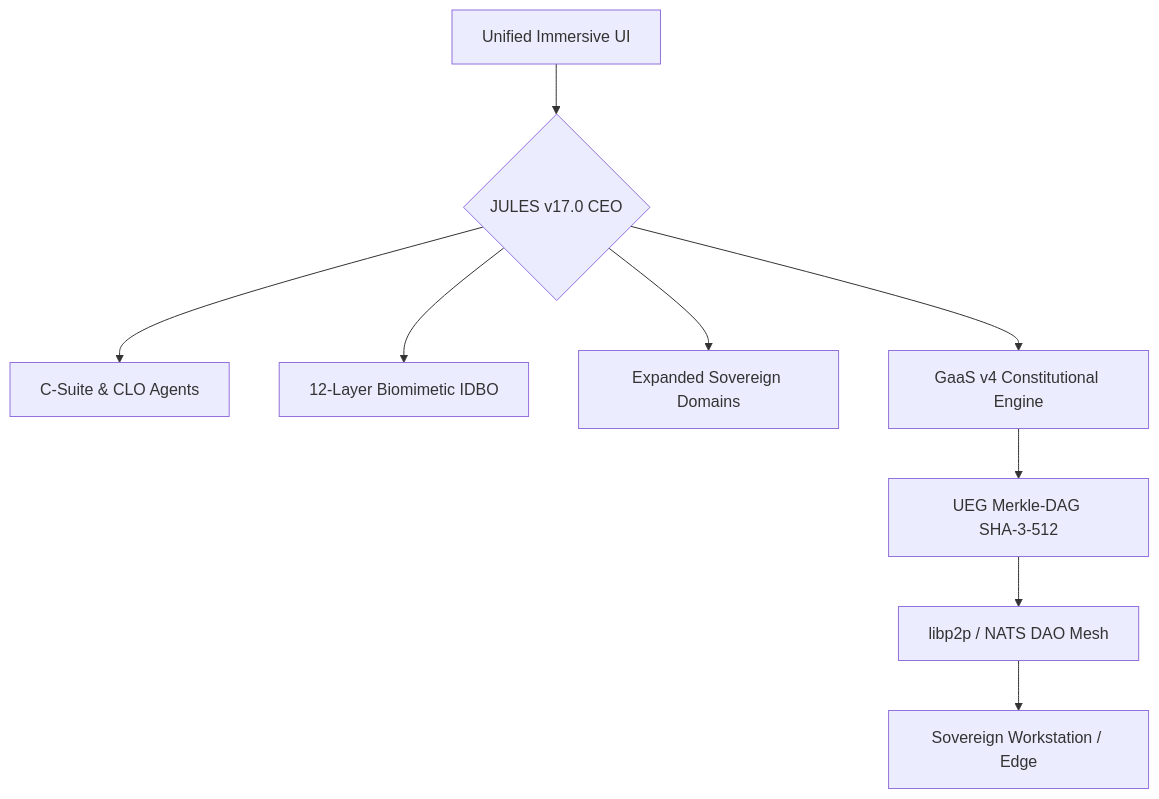
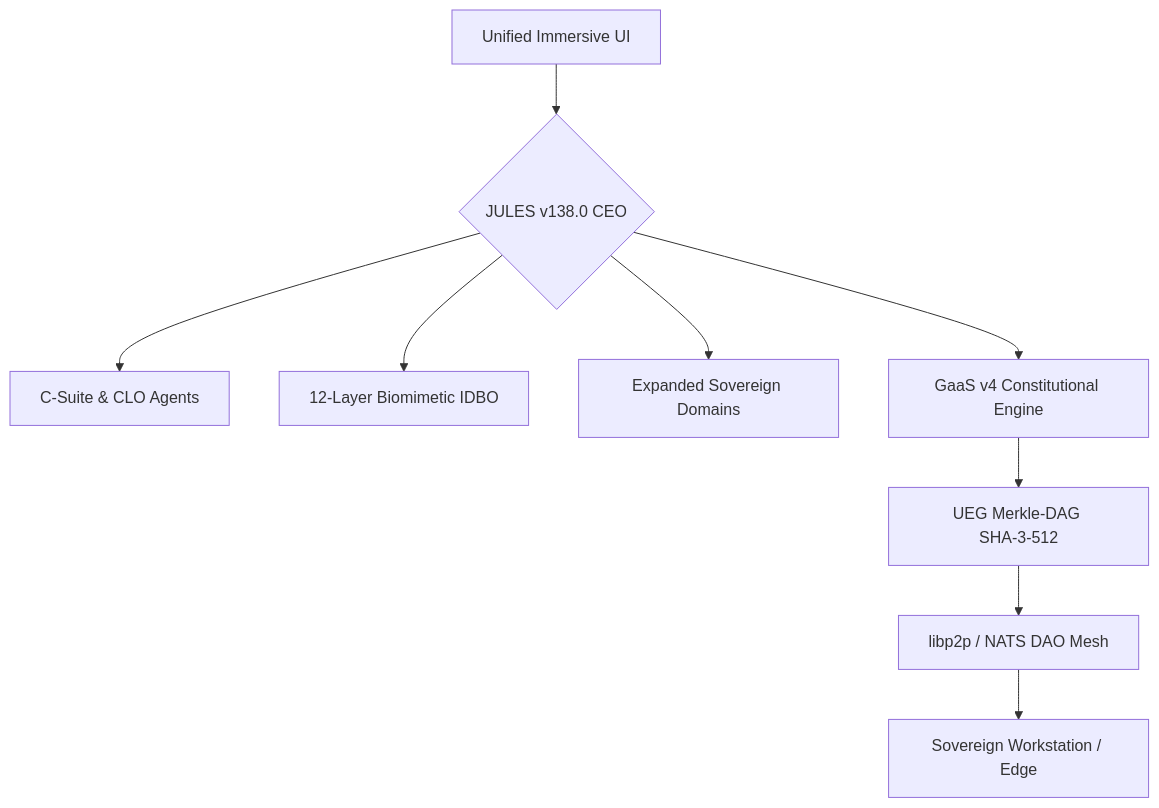
Before and after one commit to Rehan719/Workstation: the diagram in README.md, drawn with Mermaid. The commit also changed other lines of this file and 64 other files, not shown here.

````diff
--- a/README.md
+++ b/README.md
@@ -60,11 +60,11 @@
 ```mermaid
 graph TD
-    A[Unified Immersive UI] --> B{JULES v17.0 CEO}
+    A[Unified Immersive UI] --> B{JULES v138.0 CEO}
     B --> C[C‑Suite & CLO Agents]
     B --> D[12‑Layer Biomimetic IDBO]
     B --> E[Expanded Sovereign Domains]
     B --> F[GaaS v4 Constitutional Engine]
     F --> G[UEG Merkle‑DAG SHA‑3‑512]
     G --> H[libp2p / NATS DAO Mesh]
     H --> I[Sovereign Workstation / Edge]
 ```
````
